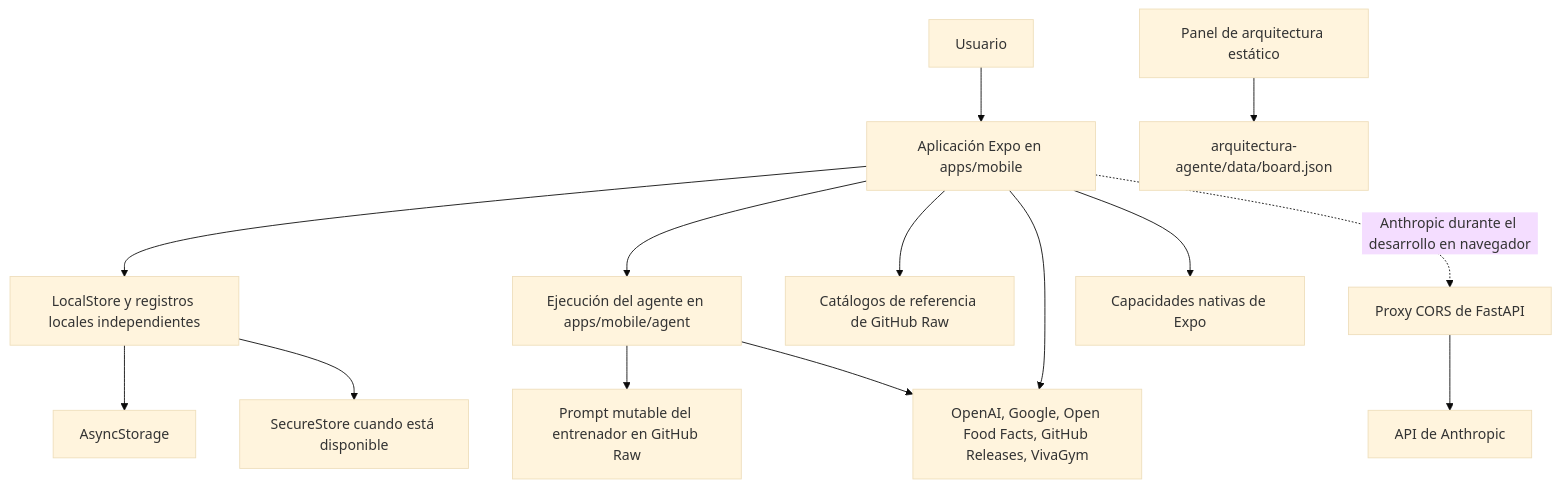
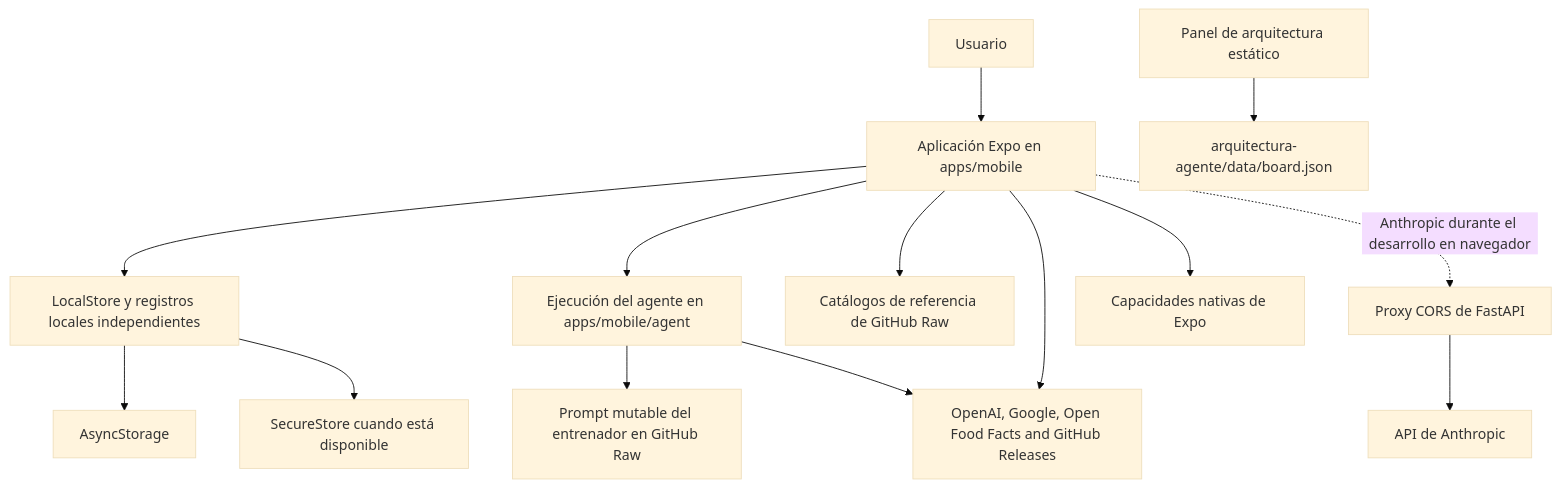
One commit to maximofn/gymnasia changed the diagram in openwiki/architecture/overview.md. Above: the diagram before and after it, drawn with Mermaid (base theme). The commit also changed other lines of this file and 25 other files, not shown here.

Commit message:
fix(mobile): retirar temporalmente VivaGym del runtime

````diff
--- a/openwiki/architecture/overview.md
+++ b/openwiki/architecture/overview.md
@@ -16,16 +16,16 @@
 ```mermaid
 flowchart TD
     User["Usuario"] --> Shell["Aplicación Expo en apps/mobile"]
     Shell --> State["LocalStore y registros locales independientes"]
     State --> AS["AsyncStorage"]
     State --> SS["SecureStore cuando está disponible"]
     Shell --> Agent["Ejecución del agente en apps/mobile/agent"]
     Shell --> Catalogs["Catálogos de referencia de GitHub Raw"]
     Agent --> Prompt["Prompt mutable del entrenador en GitHub Raw"]
-    Shell --> APIs["OpenAI, Google, Open Food Facts, GitHub Releases, VivaGym"]
+    Shell --> APIs["OpenAI, Google, Open Food Facts and GitHub Releases"]
     Agent --> APIs
     Shell --> Native["Capacidades nativas de Expo"]
     Shell -. "Anthropic durante el desarrollo en navegador" .-> Proxy["Proxy CORS de FastAPI"]
     Proxy --> Anthropic["API de Anthropic"]
     Board["Panel de arquitectura estático"] --> BoardData["arquitectura-agente/data/board.json"]
 ```
````
